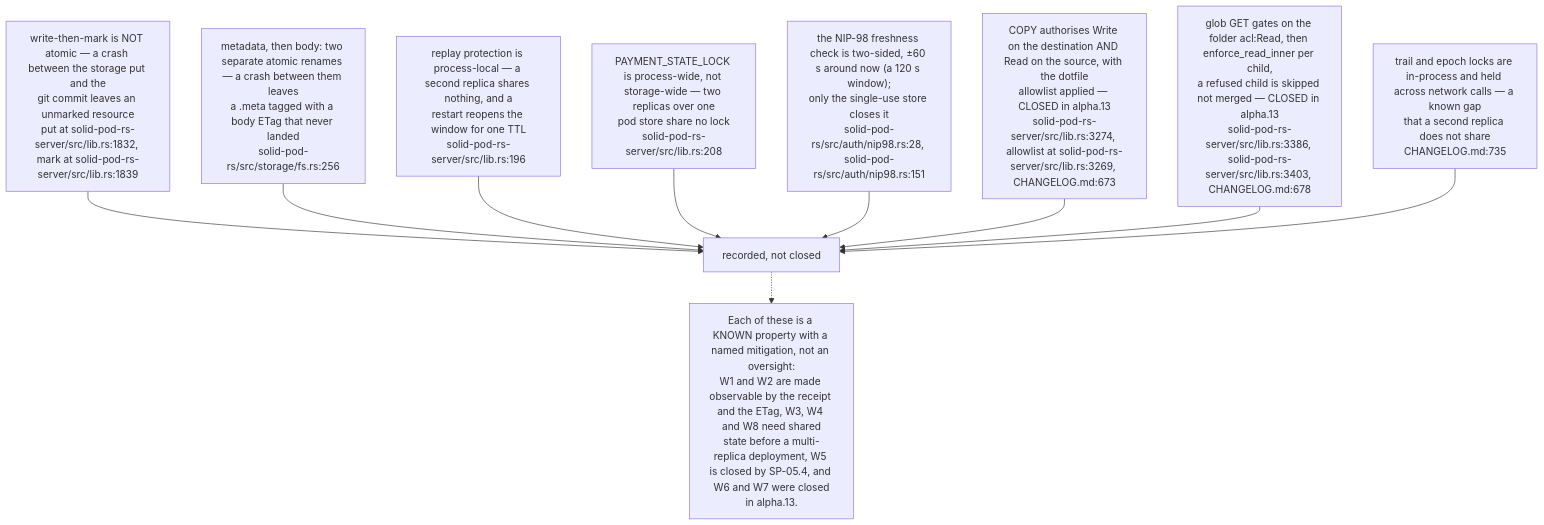
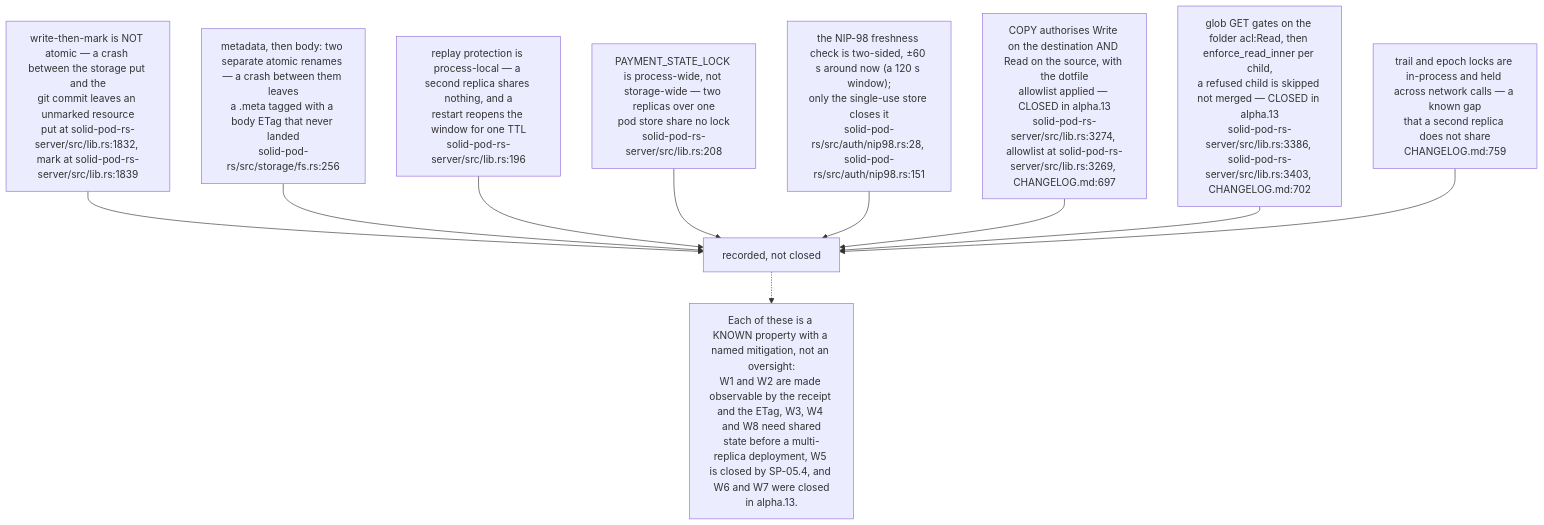
Before and after one commit to DreamLab-AI/VisionFlow: the fourth of 12 diagrams in docs/diagrams/solid-pod-rs/10-failure-modes-and-invariants.md, drawn with Mermaid. The commit also changed other lines of this file and 48 other files, not shown here.

Commit message:
docs: reconcile estate repairs and first diagram refresh batch

````diff
--- a/docs/diagrams/solid-pod-rs/10-failure-modes-and-invariants.md
+++ b/docs/diagrams/solid-pod-rs/10-failure-modes-and-invariants.md
@@ -140,24 +140,24 @@
 ```mermaid
 flowchart TD
     W1["write-then-mark is NOT atomic — a crash between the storage put and the<br/>git commit leaves an unmarked resource<br/>put at solid-pod-rs-server/src/lib.rs:1832, mark at solid-pod-rs-server/src/lib.rs:1839"]
     W2["metadata, then body: two separate atomic renames — a crash between them leaves<br/>a .meta tagged with a body ETag that never landed<br/>solid-pod-rs/src/storage/fs.rs:256"]
     W3["replay protection is process-local — a second replica shares nothing, and a<br/>restart reopens the window for one TTL<br/>solid-pod-rs-server/src/lib.rs:196"]
     W4["PAYMENT_STATE_LOCK is process-wide, not storage-wide — two replicas over one<br/>pod store share no lock<br/>solid-pod-rs-server/src/lib.rs:208"]
     W5["the NIP-98 freshness check is two-sided, ±60 s around now (a 120 s window);<br/>only the single-use store closes it<br/>solid-pod-rs/src/auth/nip98.rs:28, solid-pod-rs/src/auth/nip98.rs:151"]
-    W6["COPY authorises Write on the destination AND Read on the source, with the dotfile<br/>allowlist applied — CLOSED in alpha.13<br/>solid-pod-rs-server/src/lib.rs:3274, allowlist at solid-pod-rs-server/src/lib.rs:3269, CHANGELOG.md:673"]
-    W7["glob GET gates on the folder acl:Read, then enforce_read_inner per child,<br/>a refused child is skipped not merged — CLOSED in alpha.13<br/>solid-pod-rs-server/src/lib.rs:3386, solid-pod-rs-server/src/lib.rs:3403, CHANGELOG.md:678"]
+    W6["COPY authorises Write on the destination AND Read on the source, with the dotfile<br/>allowlist applied — CLOSED in alpha.13<br/>solid-pod-rs-server/src/lib.rs:3274, allowlist at solid-pod-rs-server/src/lib.rs:3269, CHANGELOG.md:697"]
+    W7["glob GET gates on the folder acl:Read, then enforce_read_inner per child,<br/>a refused child is skipped not merged — CLOSED in alpha.13<br/>solid-pod-rs-server/src/lib.rs:3386, solid-pod-rs-server/src/lib.rs:3403, CHANGELOG.md:702"]
 
-    W8["trail and epoch locks are in-process and held across network calls — a known gap<br/>that a second replica does not share<br/>CHANGELOG.md:735"]
+    W8["trail and epoch locks are in-process and held across network calls — a known gap<br/>that a second replica does not share<br/>CHANGELOG.md:759"]
 
     W1 --> R["recorded, not closed"]
     W2 --> R
     W3 --> R
     W4 --> R
     W5 --> R
     W6 --> R
     W7 --> R
     W8 --> R
 
     N["Each of these is a KNOWN property with a named mitigation, not an oversight:<br/>W1 and W2 are made observable by the receipt and the ETag, W3, W4 and W8 need shared<br/>state before a multi-replica deployment, W5 is closed by SP-05.4, and W6 and W7 were closed<br/>in alpha.13."]
     R -.-> N
 ```
````
